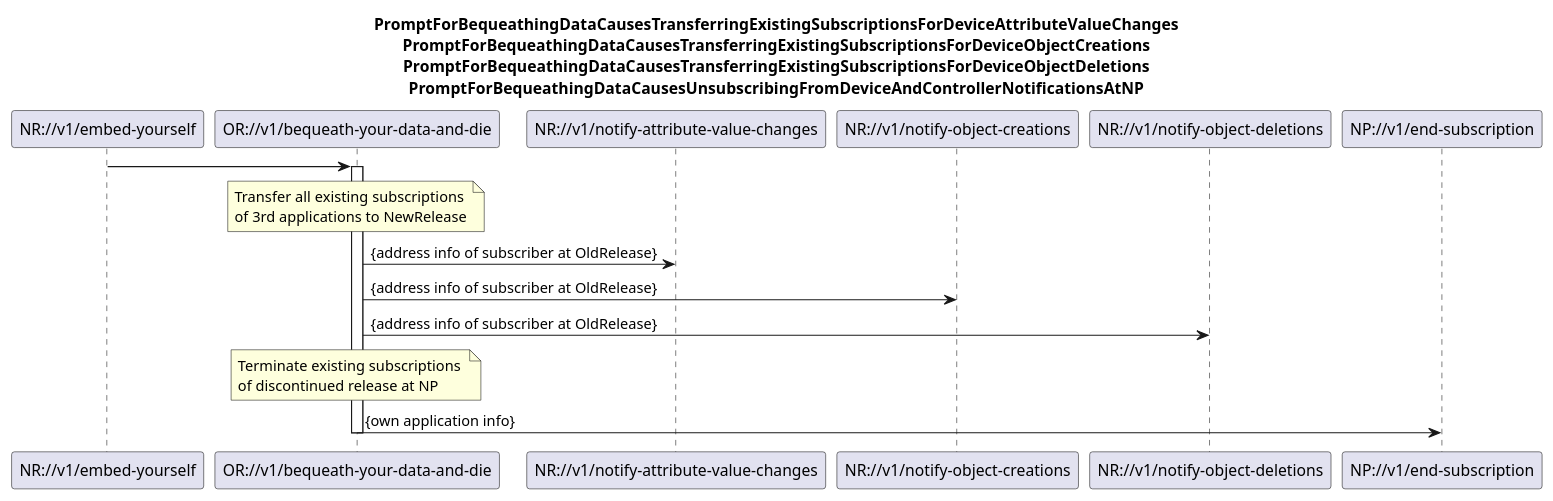
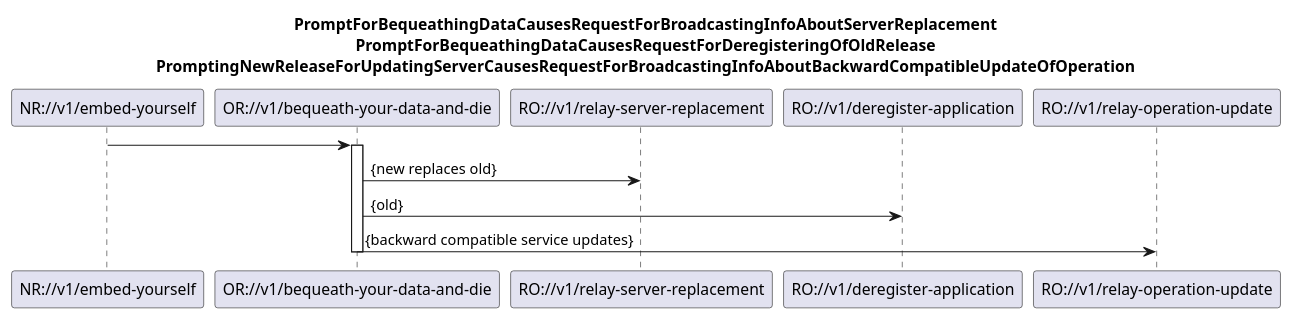
The diagram in spec/diagrams/09x_BequeathYourDataAndDie.plantuml (openBackhaul/MultiDomainInventoryProxy), drawn with PlantUML before and after one commit. The commit also changed 27 other files, not shown here.

```diff
--- a/spec/diagrams/09x_BequeathYourDataAndDie.plantuml
+++ b/spec/diagrams/09x_BequeathYourDataAndDie.plantuml
@@ -1,37 +1,27 @@
 @startuml 09x_BequeathYourDataAndDie
 skinparam responseMessageBelowArrow true
 
 title
-PromptForBequeathingDataCausesTransferringExistingSubscriptionsForDeviceAttributeValueChanges
-PromptForBequeathingDataCausesTransferringExistingSubscriptionsForDeviceObjectCreations
-PromptForBequeathingDataCausesTransferringExistingSubscriptionsForDeviceObjectDeletions
-PromptForBequeathingDataCausesUnsubscribingFromDeviceAndControllerNotificationsAtNP
+PromptForBequeathingDataCausesRequestForBroadcastingInfoAboutServerReplacement
+PromptForBequeathingDataCausesRequestForDeregisteringOfOldRelease
+PromptingNewReleaseForUpdatingServerCausesRequestForBroadcastingInfoAboutBackwardCompatibleUpdateOfOperation
 end title
 
 participant "NR://v1/embed-yourself" as NewRelease
 participant "OR://v1/bequeath-your-data-and-die" as OldRelease
-participant "NR://v1/notify-attribute-value-changes" as notifyAttributeChange
-participant "NR://v1/notify-object-creations" as notifyObjectCreation
-participant "NR://v1/notify-object-deletions" as notifyObjectDeletion
-participant "NP://v1/end-subscription" as endSubsriptionAtNp
+participant "RO://v1/relay-server-replacement" as RoRsr
+participant "RO://v1/deregister-application" as RoDa
+participant "RO://v1/relay-operation-update" as RoRou
 
 NewRelease -> OldRelease
 activate OldRelease
 
-note over OldRelease
-Transfer all existing subscriptions 
-of 3rd applications to NewRelease
-end note
-OldRelease -> notifyAttributeChange: {address info of subscriber at OldRelease}
-OldRelease -> notifyObjectCreation: {address info of subscriber at OldRelease}
-OldRelease -> notifyObjectDeletion: {address info of subscriber at OldRelease}
+OldRelease -> RoRsr : {new replaces old}
 
-note over OldRelease
-Terminate existing subscriptions 
-of discontinued release at NP
-end note
-OldRelease -> endSubsriptionAtNp: {own application info}
+OldRelease -> RoDa : {old}
+
+OldRelease -> RoRou : {backward compatible service updates}
 
 deactivate OldRelease
 
 @enduml
```
